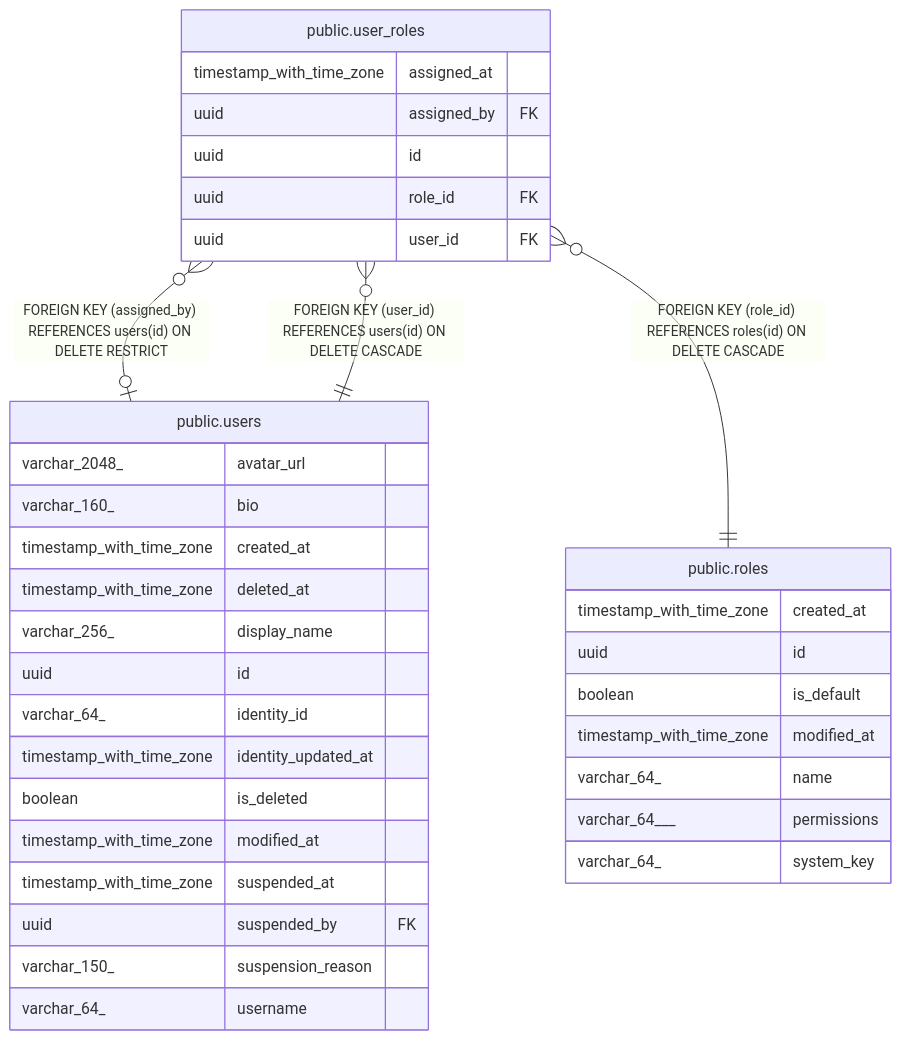
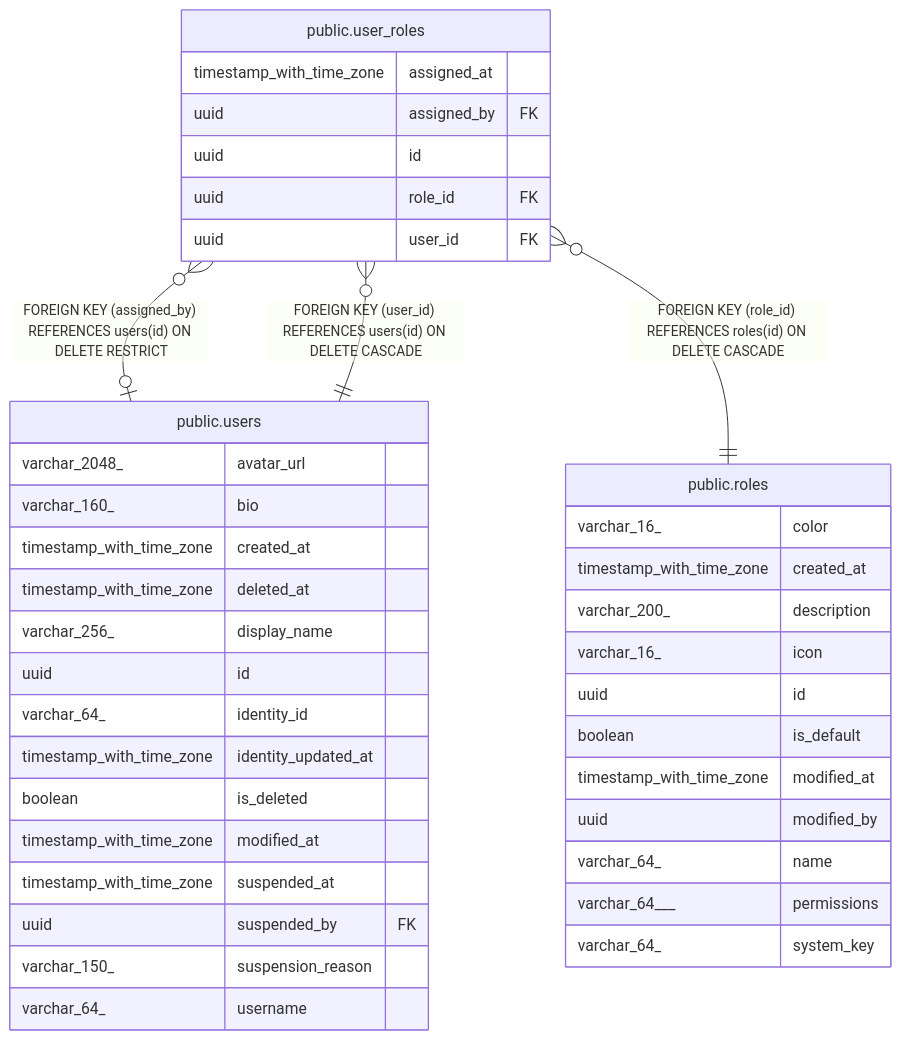
Before and after one commit to trduc2712/choco-api: the diagram in docs/database/public.user_roles.md, drawn with Mermaid. The commit also changed 36 other files, not shown here.

````diff
--- a/docs/database/public.user_roles.md
+++ b/docs/database/public.user_roles.md
@@ -41,40 +41,44 @@
 ```mermaid
 erDiagram
 
 "public.user_roles" }o--o| "public.users" : "FOREIGN KEY (assigned_by) REFERENCES users(id) ON DELETE RESTRICT"
 "public.user_roles" }o--|| "public.roles" : "FOREIGN KEY (role_id) REFERENCES roles(id) ON DELETE CASCADE"
 "public.user_roles" }o--|| "public.users" : "FOREIGN KEY (user_id) REFERENCES users(id) ON DELETE CASCADE"
 
 "public.user_roles" {
   timestamp_with_time_zone assigned_at
   uuid assigned_by FK
   uuid id
   uuid role_id FK
   uuid user_id FK
 }
 "public.users" {
   varchar_2048_ avatar_url
   varchar_160_ bio
   timestamp_with_time_zone created_at
   timestamp_with_time_zone deleted_at
   varchar_256_ display_name
   uuid id
   varchar_64_ identity_id
   timestamp_with_time_zone identity_updated_at
   boolean is_deleted
   timestamp_with_time_zone modified_at
   timestamp_with_time_zone suspended_at
   uuid suspended_by FK
   varchar_150_ suspension_reason
   varchar_64_ username
 }
 "public.roles" {
+  varchar_16_ color
   timestamp_with_time_zone created_at
+  varchar_200_ description
+  varchar_16_ icon
   uuid id
   boolean is_default
   timestamp_with_time_zone modified_at
+  uuid modified_by
   varchar_64_ name
   varchar_64___ permissions
   varchar_64_ system_key
 }
 ```
````
